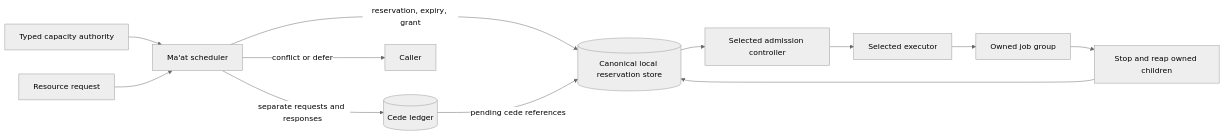
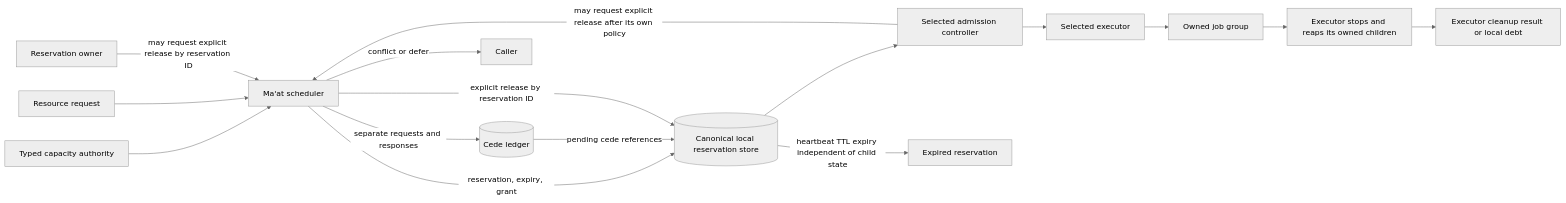
One commit to SirsiMaster/sirsi-pantheon changed diagram 34 of 44 in docs/stacklab/pantheon-pt/canon/DIAGRAMS_MAAT_GOVERNANCE.md. Above: the diagram before and after it, drawn with Mermaid (neutral theme). The commit also changed other lines of this file and 2 other files, not shown here.

Commit message:
docs(stacklab): align workflow diagrams with actual effects and recovery

````diff
--- a/docs/stacklab/pantheon-pt/canon/DIAGRAMS_MAAT_GOVERNANCE.md
+++ b/docs/stacklab/pantheon-pt/canon/DIAGRAMS_MAAT_GOVERNANCE.md
@@ -803,14 +812,18 @@
 ```mermaid
 flowchart LR
   SEBA[Typed capacity authority] --> SCHED[Ma'at scheduler]
   REQUEST[Resource request] --> SCHED
   SCHED -->|reservation, expiry, grant| STORE[(Canonical local reservation store)]
   SCHED -->|separate requests and responses| CEDEST[(Cede ledger)]
   CEDEST -->|pending cede references| STORE
   STORE --> ADMISSION[Selected admission controller]
   ADMISSION --> EXEC[Selected executor]
   EXEC --> JOB[Owned job group]
-  JOB --> CLEANUP[Stop and reap owned children]
-  CLEANUP --> STORE
+  JOB --> CLEANUP[Executor stops and reaps its owned children]
+  CLEANUP --> DEBT[Executor cleanup result or local debt]
+  ADMISSION -->|may request explicit release after its own policy| SCHED
+  CLIENT[Reservation owner] -->|may request explicit release by reservation ID| SCHED
+  STORE -->|heartbeat TTL expiry independent of child state| EXPIRED[Expired reservation]
+  SCHED -->|explicit release by reservation ID| STORE
   SCHED -->|conflict or defer| USER[Caller]
 ```
````
